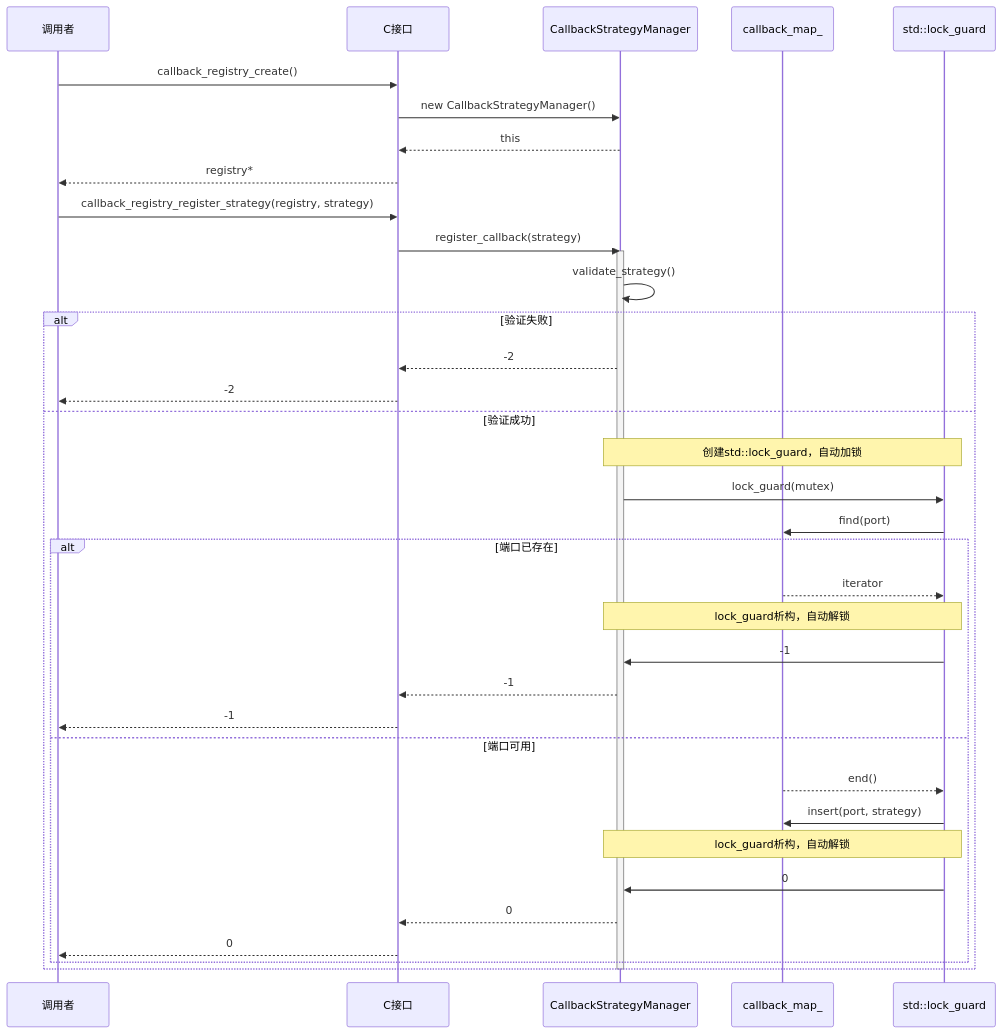
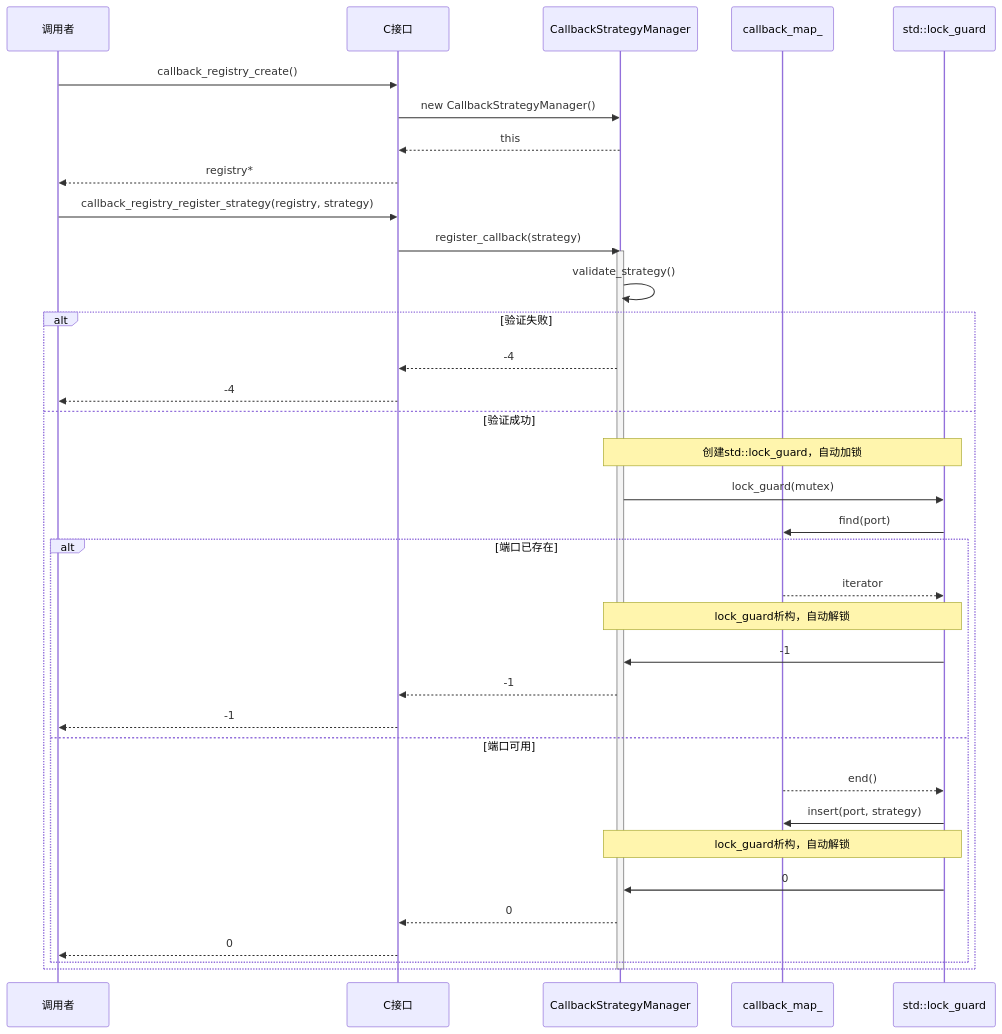
The second of 4 diagrams in docs/design/lld-详细设计文档-Callback.md (YanKangMing650/https-server-sim), drawn with Mermaid before and after one commit. The commit also changed other lines of this file and 32 other files, not shown here.

````diff
--- a/docs/design/lld-详细设计文档-Callback.md
+++ b/docs/design/lld-详细设计文档-Callback.md
@@ -801,41 +805,41 @@
 ```mermaid
 sequenceDiagram
     participant Caller as 调用者
     participant CAPI as C接口
     participant Manager as CallbackStrategyManager
     participant Map as callback_map_
     participant LockGuard as std::lock_guard
 
     Caller->>CAPI: callback_registry_create()
     CAPI->>Manager: new CallbackStrategyManager()
     Manager-->>CAPI: this
     CAPI-->>Caller: registry*
 
     Caller->>CAPI: callback_registry_register_strategy(registry, strategy)
     CAPI->>Manager: register_callback(strategy)
     activate Manager
     Manager->>Manager: validate_strategy()
     alt 验证失败
-        Manager-->>CAPI: -2
-        CAPI-->>Caller: -2
+        Manager-->>CAPI: -4
+        CAPI-->>Caller: -4
     else 验证成功
         Note over Manager,LockGuard: 创建std::lock_guard，自动加锁
         Manager->>LockGuard: lock_guard(mutex)
         LockGuard->>Map: find(port)
         alt 端口已存在
             Map-->>LockGuard: iterator
             Note over Manager,LockGuard: lock_guard析构，自动解锁
             LockGuard->>Manager: -1
             Manager-->>CAPI: -1
             CAPI-->>Caller: -1
         else 端口可用
             Map-->>LockGuard: end()
             LockGuard->>Map: insert(port, strategy)
             Note over Manager,LockGuard: lock_guard析构，自动解锁
             LockGuard->>Manager: 0
             Manager-->>CAPI: 0
             CAPI-->>Caller: 0
         end
     end
     deactivate Manager
 ```
````
